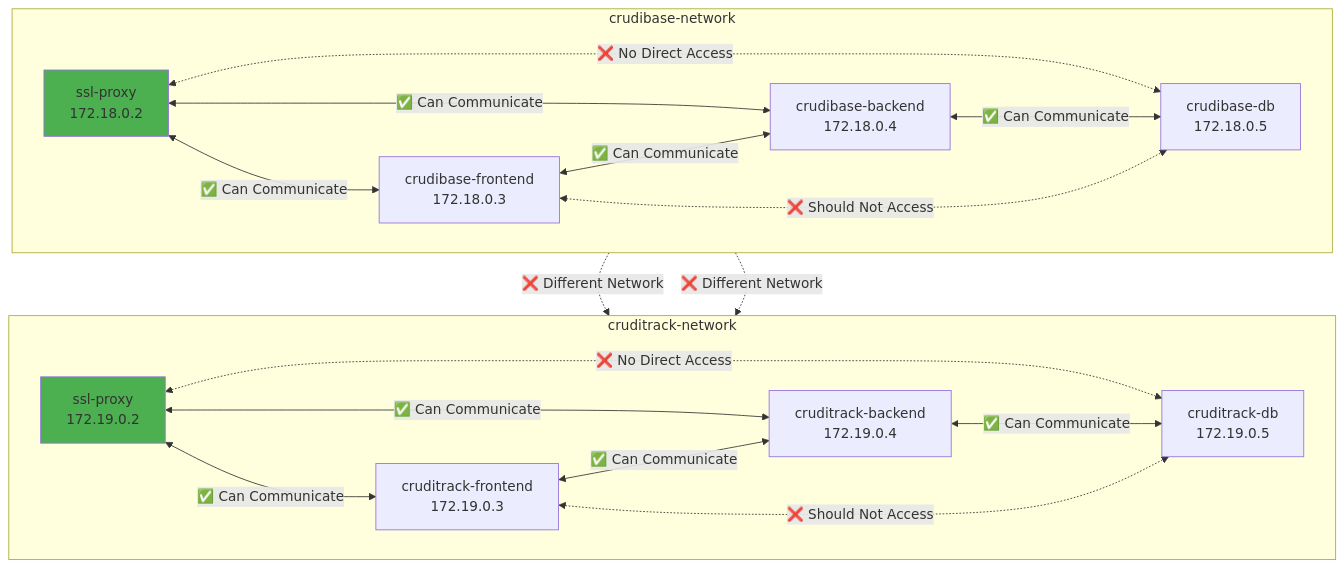
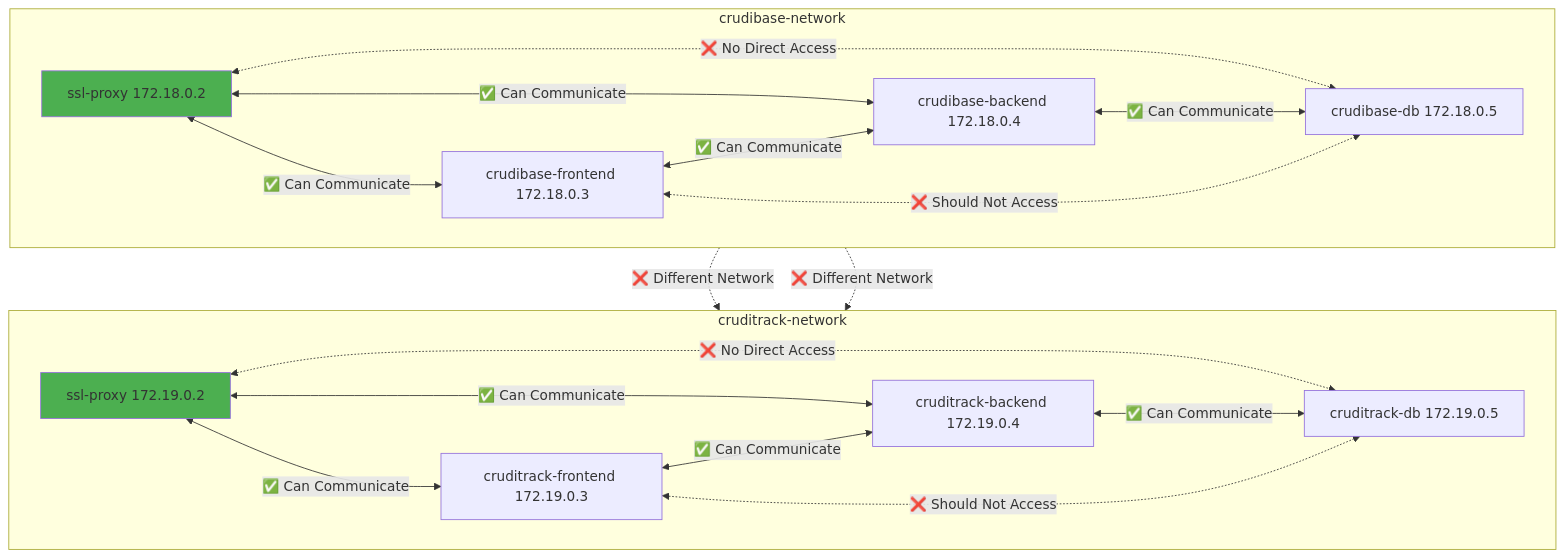
One commit to softwarewrighter/ssl-proxy-for-do changed the fourth of 9 diagrams in wiki/Network-Architecture.md. Above: the diagram before and after it, drawn with Mermaid. The commit also changed other lines of this file and 7 other files, not shown here.

First line of the commit message:
Fix wiki Mermaid diagrams: remove remaining <br/> tags

````diff
--- a/wiki/Network-Architecture.md
+++ b/wiki/Network-Architecture.md
@@ -255,38 +255,38 @@
 ```mermaid
 graph TB
     subgraph "crudibase-network"
         direction LR
-        SSLProxy1[ssl-proxy<br/>172.18.0.2]
-        CB_FE[crudibase-frontend<br/>172.18.0.3]
-        CB_BE[crudibase-backend<br/>172.18.0.4]
-        CB_DB[crudibase-db<br/>172.18.0.5]
+        SSLProxy1[ssl-proxy 172.18.0.2]
+        CB_FE[crudibase-frontend 172.18.0.3]
+        CB_BE[crudibase-backend 172.18.0.4]
+        CB_DB[crudibase-db 172.18.0.5]
 
         SSLProxy1 <-->|✅ Can Communicate| CB_FE
         SSLProxy1 <-->|✅ Can Communicate| CB_BE
         SSLProxy1 <-.❌ No Direct Access.-> CB_DB
         CB_FE <-->|✅ Can Communicate| CB_BE
         CB_BE <-->|✅ Can Communicate| CB_DB
         CB_FE <-.❌ Should Not Access.-> CB_DB
     end
 
     subgraph "cruditrack-network"
         direction LR
-        SSLProxy2[ssl-proxy<br/>172.19.0.2]
-        CT_FE[cruditrack-frontend<br/>172.19.0.3]
-        CT_BE[cruditrack-backend<br/>172.19.0.4]
-        CT_DB[cruditrack-db<br/>172.19.0.5]
+        SSLProxy2[ssl-proxy 172.19.0.2]
+        CT_FE[cruditrack-frontend 172.19.0.3]
+        CT_BE[cruditrack-backend 172.19.0.4]
+        CT_DB[cruditrack-db 172.19.0.5]
 
         SSLProxy2 <-->|✅ Can Communicate| CT_FE
         SSLProxy2 <-->|✅ Can Communicate| CT_BE
         SSLProxy2 <-.❌ No Direct Access.-> CT_DB
         CT_FE <-->|✅ Can Communicate| CT_BE
         CT_BE <-->|✅ Can Communicate| CT_DB
         CT_FE <-.❌ Should Not Access.-> CT_DB
     end
 
     CB_FE -.❌ Different Network.-> CT_FE
     CB_BE -.❌ Different Network.-> CT_BE
 
     style SSLProxy1 fill:#4CAF50
     style SSLProxy2 fill:#4CAF50
 ```
````
